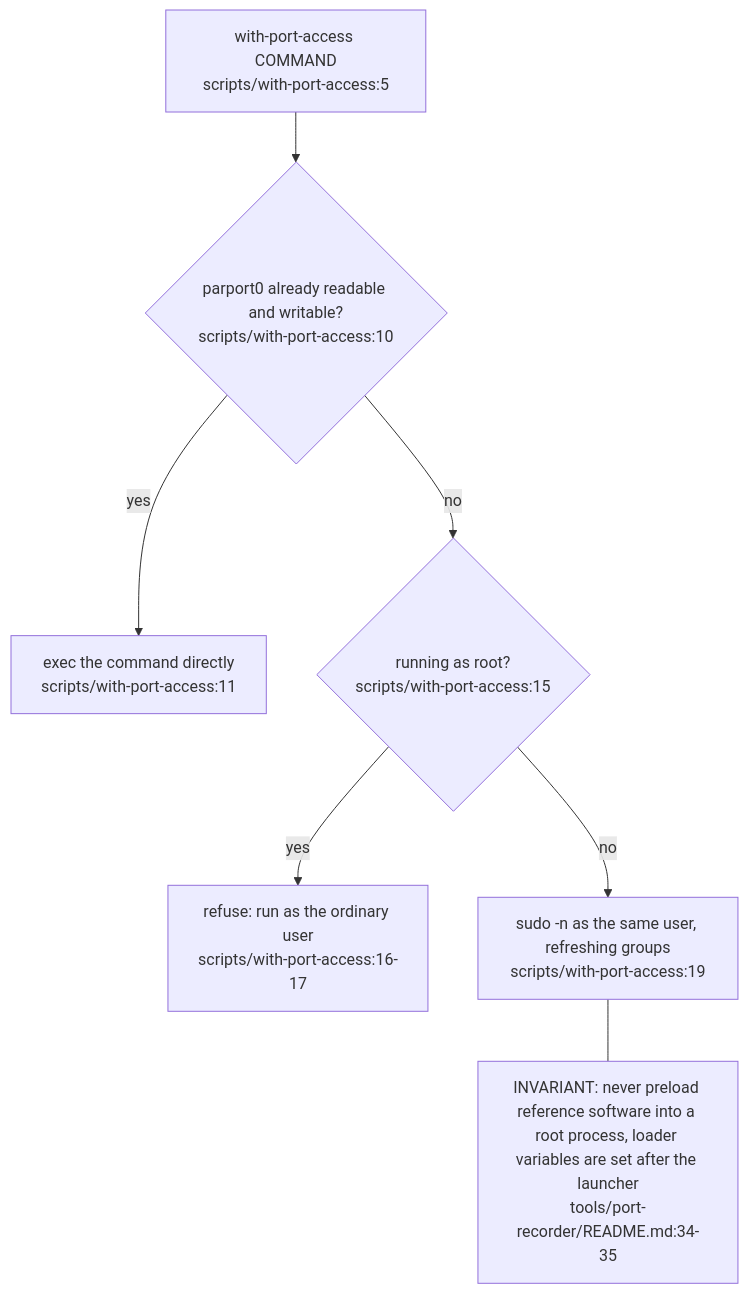
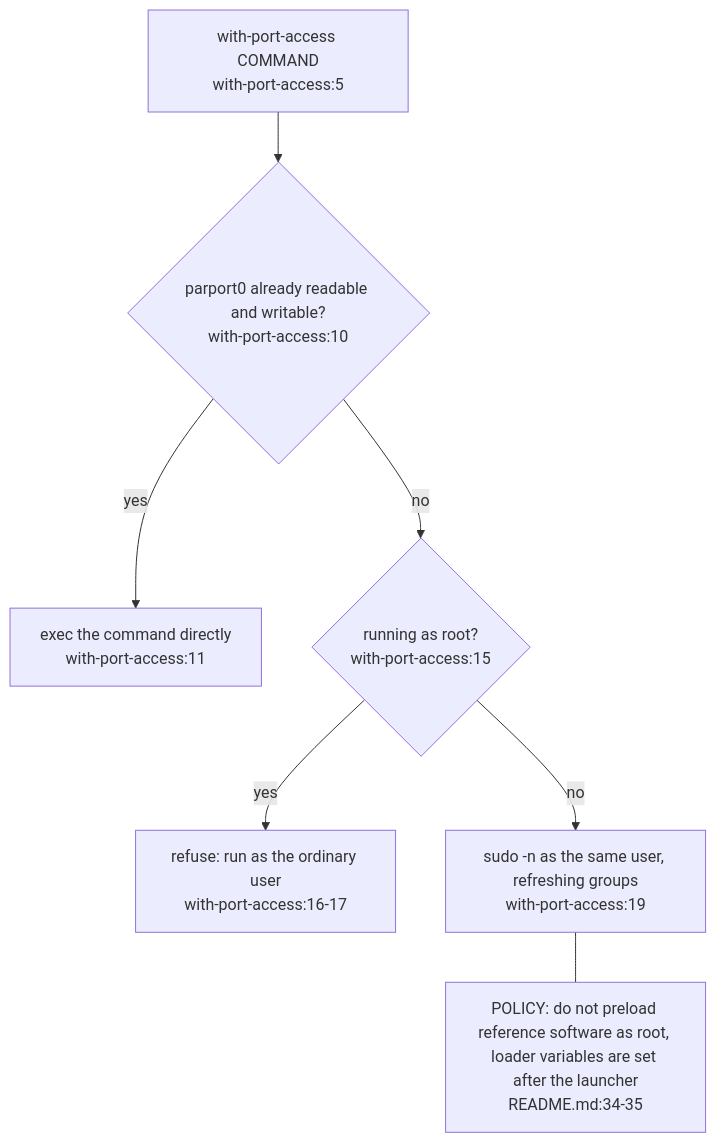
One commit to DreamLab-AI/VisionFlow changed the third of 4 diagrams in docs/diagrams/visiontouch-rs/06-tools-and-evidence-path.md. Above: the diagram before and after it, drawn with Mermaid. The commit also changed other lines of this file and 27 other files, not shown here.

````diff
--- a/docs/diagrams/visiontouch-rs/06-tools-and-evidence-path.md
+++ b/docs/diagrams/visiontouch-rs/06-tools-and-evidence-path.md
@@ -88,16 +90,16 @@
 ```mermaid
 flowchart TB
-    S["with-port-access COMMAND<br/>scripts/with-port-access:5"]
-    A{"parport0 already readable and writable?<br/>scripts/with-port-access:10"}
-    X["exec the command directly<br/>scripts/with-port-access:11"]
-    R{"running as root?<br/>scripts/with-port-access:15"}
-    E["refuse: run as the ordinary user<br/>scripts/with-port-access:16-17"]
-    SU["sudo -n as the same user, refreshing groups<br/>scripts/with-port-access:19"]
+    S["with-port-access COMMAND<br/>with-port-access:5"]
+    A{"parport0 already readable and writable?<br/>with-port-access:10"}
+    X["exec the command directly<br/>with-port-access:11"]
+    R{"running as root?<br/>with-port-access:15"}
+    E["refuse: run as the ordinary user<br/>with-port-access:16-17"]
+    SU["sudo -n as the same user, refreshing groups<br/>with-port-access:19"]
     S --> A
     A -->|yes| X
     A -->|no| R
     R -->|yes| E
     R -->|no| SU
-    N1["INVARIANT: never preload reference software into a root process, loader variables are set after the launcher<br/>tools/port-recorder/README.md:34-35"]
+    N1["POLICY: do not preload reference software as root, loader variables are set after the launcher<br/>README.md:34-35"]
     SU --- N1
 ```
````
